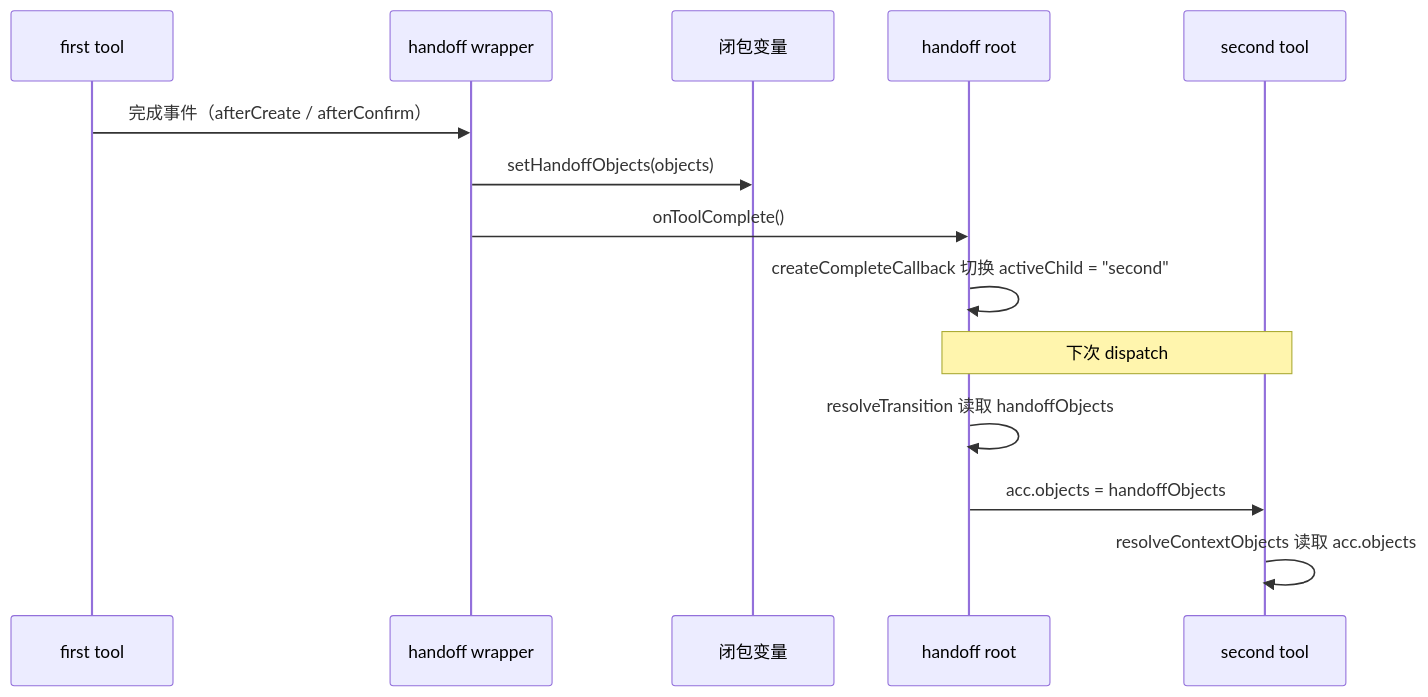
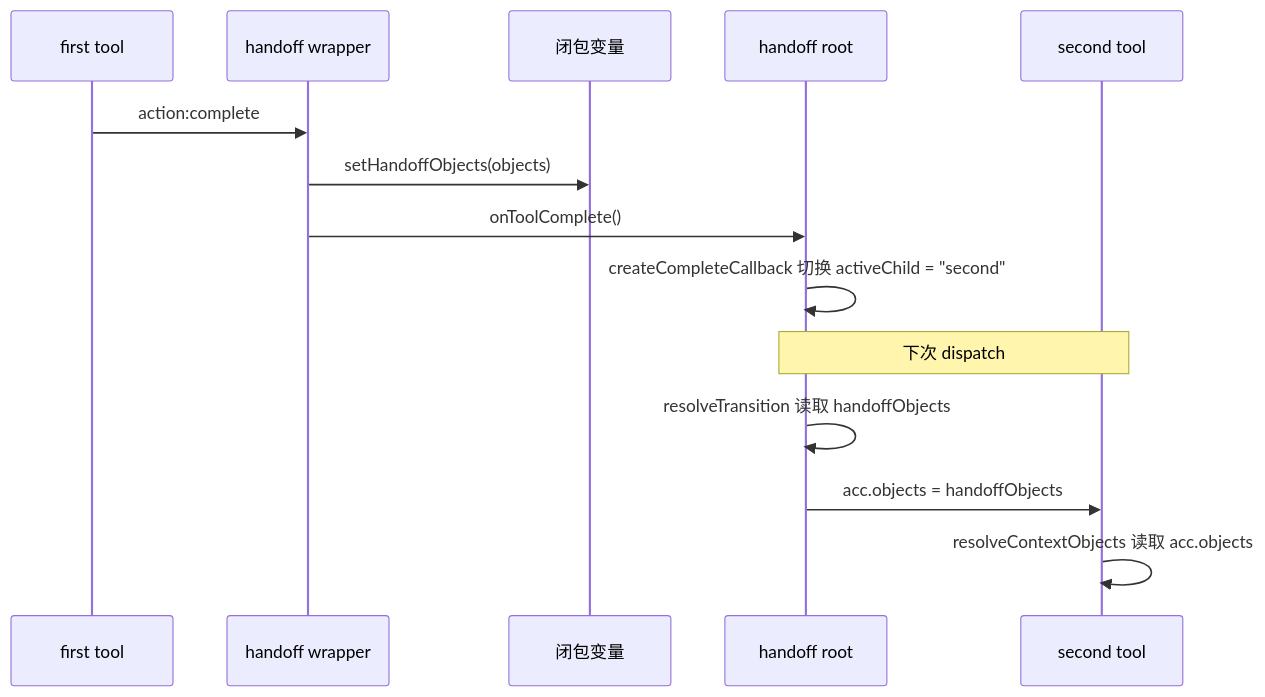
The second of 3 diagrams in src/core/prefixs/docs/handoff-handler-document.md (Frank-Steven/HoundWhiteboard), drawn with Mermaid before and after one commit. The commit also changed other lines of this file and 5 other files, not shown here.

````diff
--- a/src/core/prefixs/docs/handoff-handler-document.md
+++ b/src/core/prefixs/docs/handoff-handler-document.md
@@ -31,17 +41,17 @@
 ```mermaid
 sequenceDiagram
     participant First as first tool
     participant Wrapper as handoff wrapper
     participant Closure as 闭包变量
     participant Root as handoff root
     participant Second as second tool
 
-    First->>Wrapper: 完成事件（afterCreate / afterConfirm）
+    First->>Wrapper: action:complete
     Wrapper->>Closure: setHandoffObjects(objects)
     Wrapper->>Root: onToolComplete()
     Root->>Root: createCompleteCallback 切换 activeChild = "second"
     Note over Root,Second: 下次 dispatch
     Root->>Root: resolveTransition 读取 handoffObjects
     Root->>Second: acc.objects = handoffObjects
     Second->>Second: resolveContextObjects 读取 acc.objects
 ```
````
